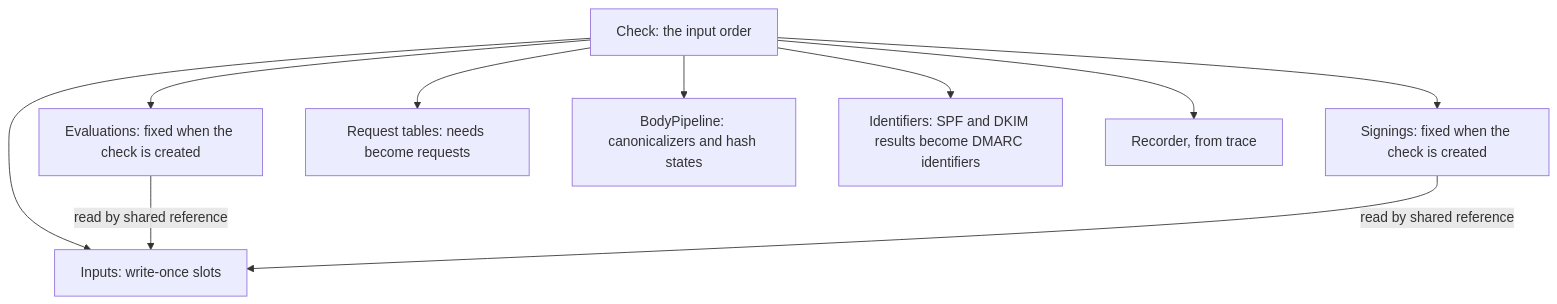
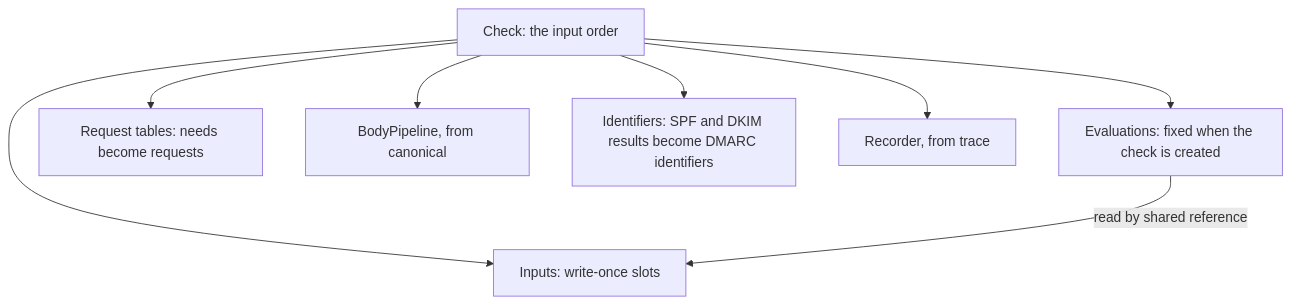
The second of 4 diagrams in docs/reference/design/modules.md (photom/hallmark), drawn with Mermaid before and after one commit. The commit also changed other lines of this file and 48 other files, not shown here.

````diff
--- a/docs/reference/design/modules.md
+++ b/docs/reference/design/modules.md
@@ -124,12 +127,10 @@
 ```mermaid
 flowchart TB
     check["Check: the input order"] --> inputs["Inputs: write-once slots"]
     check --> evaluations["Evaluations: fixed when the check is created"]
-    check --> signings["Signings: fixed when the check is created"]
     check --> requests["Request tables: needs become requests"]
-    check --> pipeline["BodyPipeline: canonicalizers and hash states"]
+    check --> pipeline["BodyPipeline, from canonical"]
     check --> identifiers["Identifiers: SPF and DKIM results become DMARC identifiers"]
     check --> recorder["Recorder, from trace"]
     evaluations -->|"read by shared reference"| inputs
-    signings -->|"read by shared reference"| inputs
 ```
````
